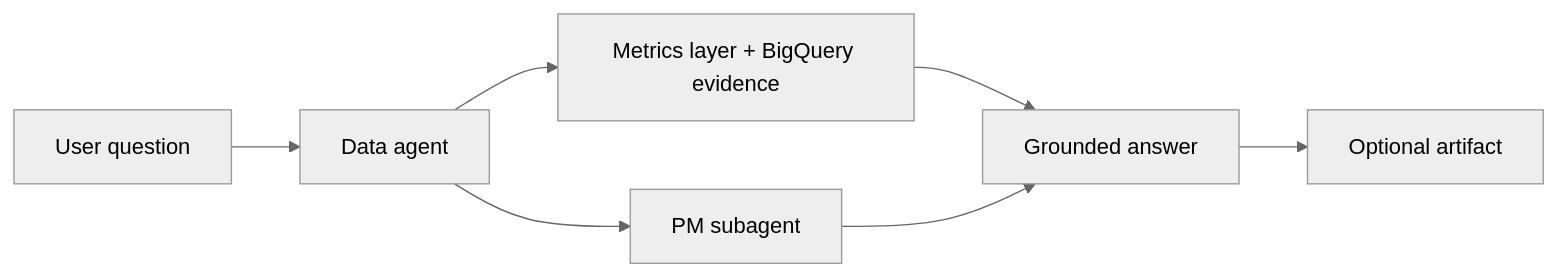
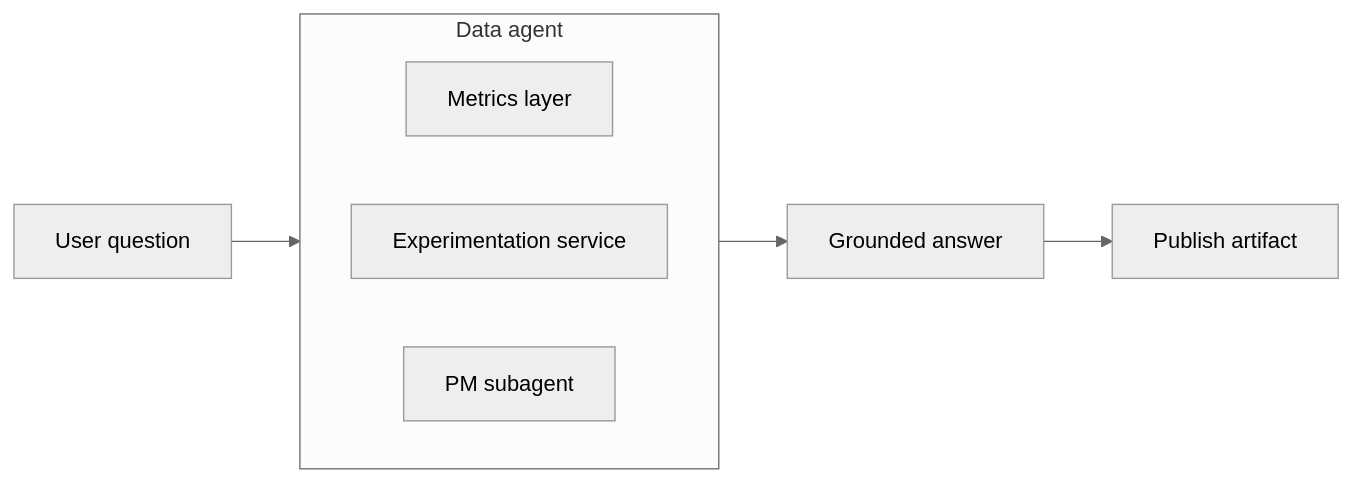
Before and after one commit to imsid/crew: the first of 3 diagrams in docs/product.md, drawn with Mermaid (neutral theme). The commit also changed other lines of this file and 34 other files, not shown here.

````diff
--- a/docs/product.md
+++ b/docs/product.md
@@ -57,9 +61,13 @@
 ```mermaid
 flowchart LR
-    U["User question"] --> D["Data agent"]
-    D --> ML["Metrics layer + BigQuery evidence"]
-    D --> P["PM subagent"]
-    ML --> O["Grounded answer"]
-    P --> O
-    O --> A["Optional artifact"]
+    U["User question"] --> D
+    D --> O["Grounded answer"]
+    O --> A["Publish artifact"]
+
+    subgraph D["Data agent"]
+        direction LR
+        ML["Metrics layer"]
+        E["Experimentation service"]
+        P["PM subagent"]
+    end
 ```
````
